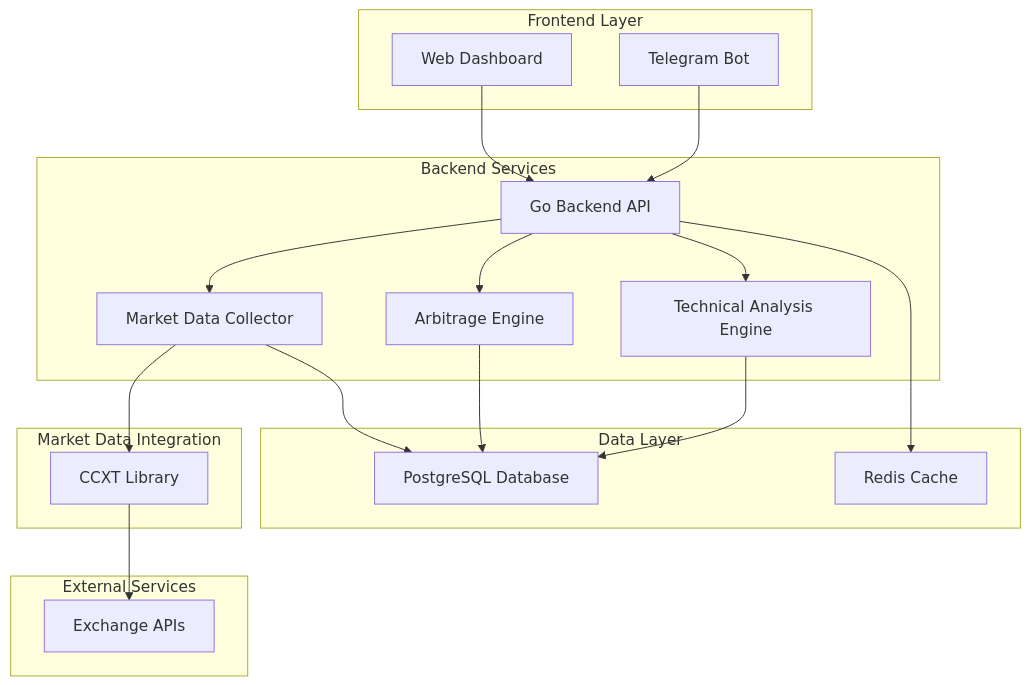
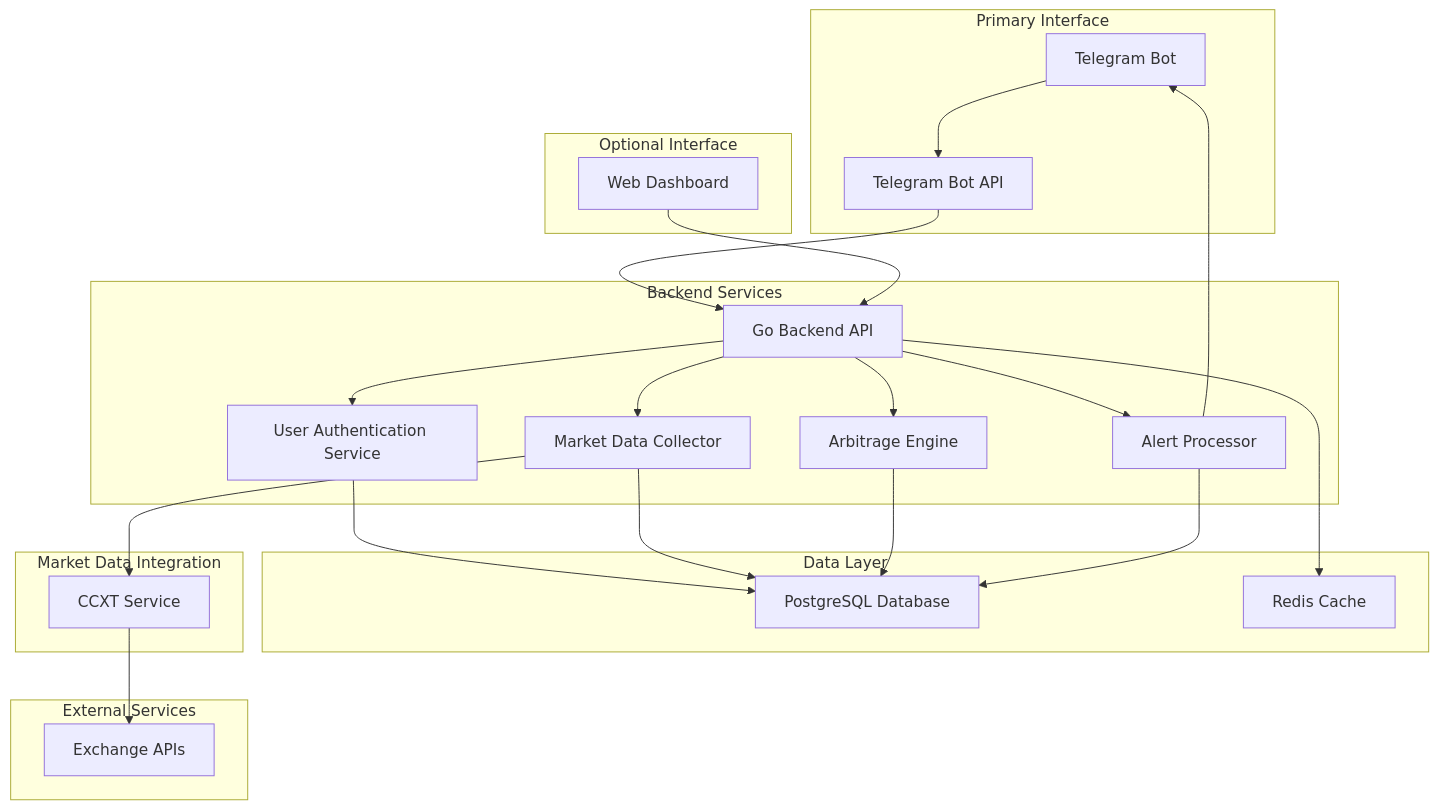
Before and after one commit to irfndi/celebrum-ai-go: the first of 3 diagrams in .trae/documents/technical_architecture.md, drawn with Mermaid. The commit also changed other lines of this file and 18 other files, not shown here.

First line of the commit message:
feat(ccxt-service): migrate to bun and typescript for improved performance

````diff
--- a/.trae/documents/technical_architecture.md
+++ b/.trae/documents/technical_architecture.md
@@ -5,39 +5,48 @@
 ```mermaid
 graph TD
-    A[Web Dashboard] --> B[Go Backend API]
-    C[Telegram Bot] --> B
-    B --> D[Market Data Collector]
-    B --> E[Arbitrage Engine]
-    B --> F[Technical Analysis Engine]
-    D --> G[PostgreSQL Database]
-    E --> G
-    F --> G
-    B --> H[Redis Cache]
-    D --> I[CCXT Library]
-    I --> J[Exchange APIs]
+    A[Telegram Bot] --> B[Telegram Bot API]
+    B --> C[Go Backend API]
+    D[Web Dashboard] --> C
+    C --> E[User Authentication Service]
+    C --> F[Market Data Collector]
+    C --> G[Arbitrage Engine]
+    C --> H[Alert Processor]
+    E --> I[PostgreSQL Database]
+    F --> I
+    G --> I
+    H --> I
+    C --> J[Redis Cache]
+    F --> K[CCXT Service]
+    K --> L[Exchange APIs]
+    H --> A
     
-    subgraph "Frontend Layer"
+    subgraph "Primary Interface"
         A
-        C
+        B
+    end
+    
+    subgraph "Optional Interface"
+        D
     end
     
     subgraph "Backend Services"
-        B
-        D
+        C
         E
         F
-    end
-    
-    subgraph "Data Layer"
         G
         H
     end
     
+    subgraph "Data Layer"
+        I
+        J
+    end
+    
     subgraph "Market Data Integration"
-        I
+        K
     end
     
     subgraph "External Services"
-        J
+        L
     end
 ```
````
